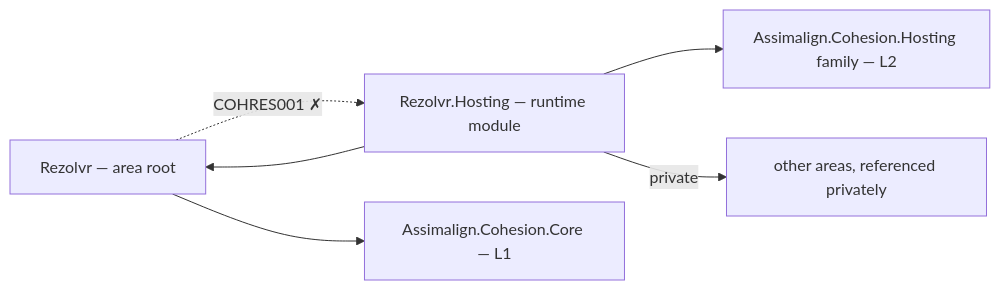
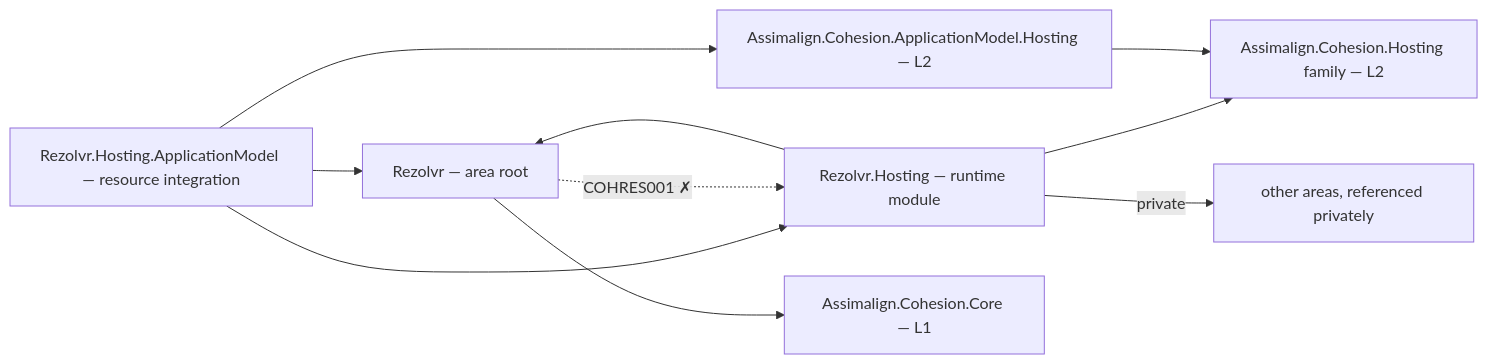
Before and after one commit to assimalign/cohesion: the diagram in resources/Rezolvr/README.md, drawn with Mermaid. The commit also changed other lines of this file and 454 other files, not shown here.

First line of the commit message:
feat(resources): give every resource area a Hosting.ApplicationModel integration

````diff
--- a/resources/Rezolvr/README.md
+++ b/resources/Rezolvr/README.md
@@ -14,13 +14,19 @@
 ```mermaid
 flowchart LR
     P0["Rezolvr — area root"]
     P3["Rezolvr.Hosting — runtime module"]
+    PAM["Rezolvr.Hosting.ApplicationModel — resource integration"]
+    AMH["Assimalign.Cohesion.ApplicationModel.Hosting — L2"]
     CORE["Assimalign.Cohesion.Core — L1"]
     HOSTFAM["Assimalign.Cohesion.Hosting family — L2"]
     PRIV["other areas, referenced privately"]
     P0 --> CORE
     P3 --> HOSTFAM
     P3 --> P0
     P3 -->|"private"| PRIV
+    PAM --> P3
+    PAM --> P0
+    PAM --> AMH
+    AMH --> HOSTFAM
     P0 -.->|"COHRES001 ✗"| P3
 ```
````
